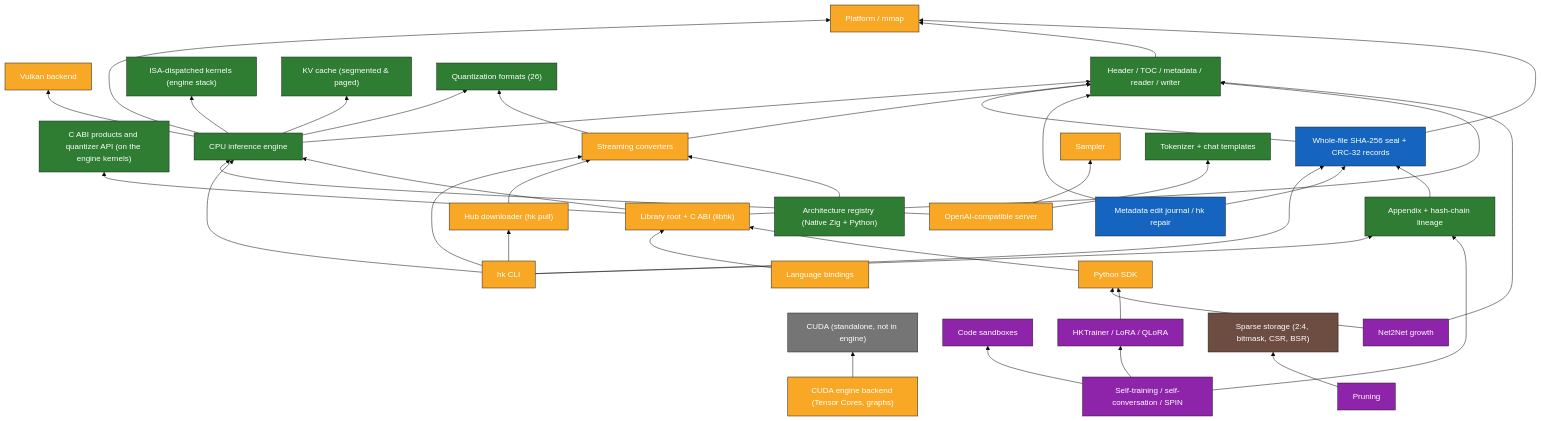
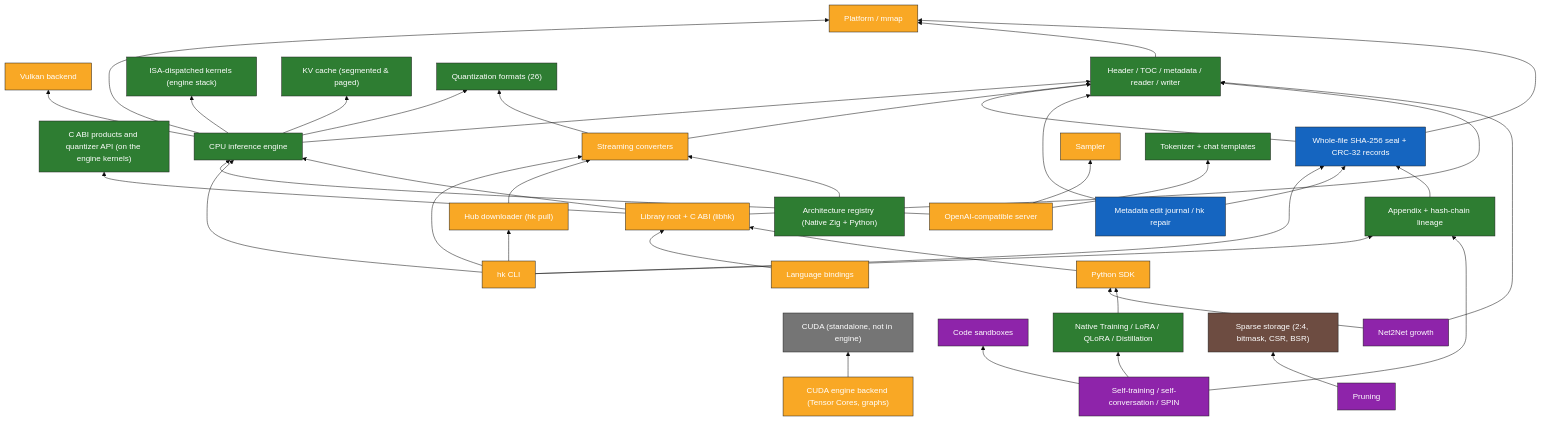
One commit to harshitkhandelwal208/hk changed the second of 5 diagrams in docs/graph/GRAPH.md. Above: the diagram before and after it, drawn with Mermaid (base theme). The commit also changed other lines of this file and 7 other files, not shown here.

Commit message:
training: native autograd derivatives, frozen-base LoRA/QLoRA layers, AdamW optimizer, and distillation (plan §41-§45, §150, §161)

````diff
--- a/docs/graph/GRAPH.md
+++ b/docs/graph/GRAPH.md
@@ -95,77 +95,77 @@
 ```mermaid
 flowchart BT
   n_appendix_lineage["Appendix + hash-chain lineage"]:::done
   n_architecture_registry["Architecture registry (Native Zig + Python)"]:::done
   n_backend_cuda_engine["CUDA engine backend (Tensor Cores, graphs)"]:::partial
   n_backend_cuda_standalone["CUDA (standalone, not in engine)"]:::legacy
   n_backend_vulkan["Vulkan backend"]:::partial
   n_bindings["Language bindings"]:::partial
   n_c_abi["Library root + C ABI (libhk)"]:::partial
   n_c_abi_ops["C ABI products and quantizer API (on the engine kernels)"]:::done
   n_cli["hk CLI"]:::partial
   n_code_sandbox["Code sandboxes"]:::prototype
   n_converters["Streaming converters"]:::partial
   n_engine["CPU inference engine"]:::done
   n_format_core["Header / TOC / metadata / reader / writer"]:::done
   n_growth["Net2Net growth"]:::prototype
   n_hub_pull["Hub downloader (hk pull)"]:::partial
   n_integrity["Whole-file SHA-256 seal + CRC-32 records"]:::in_progress
   n_kernels_engine["ISA-dispatched kernels (engine stack)"]:::done
   n_kv_cache["KV cache (segmented & paged)"]:::done
   n_platform_mmap["Platform / mmap"]:::partial
   n_pruning["Pruning"]:::prototype
   n_python_sdk["Python SDK"]:::partial
   n_quant_formats["Quantization formats (26)"]:::done
   n_sampler["Sampler"]:::partial
   n_self_training["Self-training / self-conversation / SPIN"]:::prototype
   n_server["OpenAI-compatible server"]:::partial
   n_sparsity_storage["Sparse storage (2:4, bitmask, CSR, BSR)"]:::storage_only
   n_tokenizer["Tokenizer + chat templates"]:::done
-  n_trainer["HKTrainer / LoRA / QLoRA"]:::prototype
+  n_trainer["Native Training / LoRA / QLoRA / Distillation"]:::done
   n_transaction["Metadata edit journal / hk repair"]:::in_progress
   n_engine --> n_kernels_engine
   n_engine --> n_quant_formats
   n_engine --> n_kv_cache
   n_engine --> n_format_core
   n_engine --> n_backend_vulkan
   n_engine --> n_platform_mmap
   n_server --> n_engine
   n_server --> n_sampler
   n_server --> n_tokenizer
   n_cli --> n_engine
   n_cli --> n_hub_pull
   n_cli --> n_converters
   n_cli --> n_appendix_lineage
   n_cli --> n_integrity
   n_hub_pull --> n_converters
   n_converters --> n_format_core
   n_converters --> n_quant_formats
   n_format_core --> n_platform_mmap
   n_integrity --> n_format_core
   n_integrity --> n_platform_mmap
   n_transaction --> n_integrity
   n_transaction --> n_format_core
   n_appendix_lineage --> n_integrity
   n_c_abi --> n_c_abi_ops
   n_c_abi --> n_format_core
   n_c_abi --> n_engine
   n_bindings --> n_c_abi
   n_python_sdk --> n_c_abi
   n_architecture_registry --> n_converters
   n_growth --> n_format_core
   n_growth --> n_python_sdk
   n_trainer --> n_python_sdk
   n_self_training --> n_trainer
   n_self_training --> n_code_sandbox
   n_self_training --> n_appendix_lineage
   n_pruning --> n_sparsity_storage
   n_backend_cuda_engine --> n_backend_cuda_standalone
   classDef done fill:#2e7d32,stroke:#222,color:#fff;
   classDef partial fill:#f9a825,stroke:#222,color:#fff;
   classDef in_progress fill:#1565c0,stroke:#222,color:#fff;
   classDef prototype fill:#8e24aa,stroke:#222,color:#fff;
   classDef storage_only fill:#6d4c41,stroke:#222,color:#fff;
   classDef legacy fill:#757575,stroke:#222,color:#fff;
   classDef untested_hw fill:#ef6c00,stroke:#222,color:#fff;
   classDef not_started fill:#c62828,stroke:#222,color:#fff;
 ```
````
